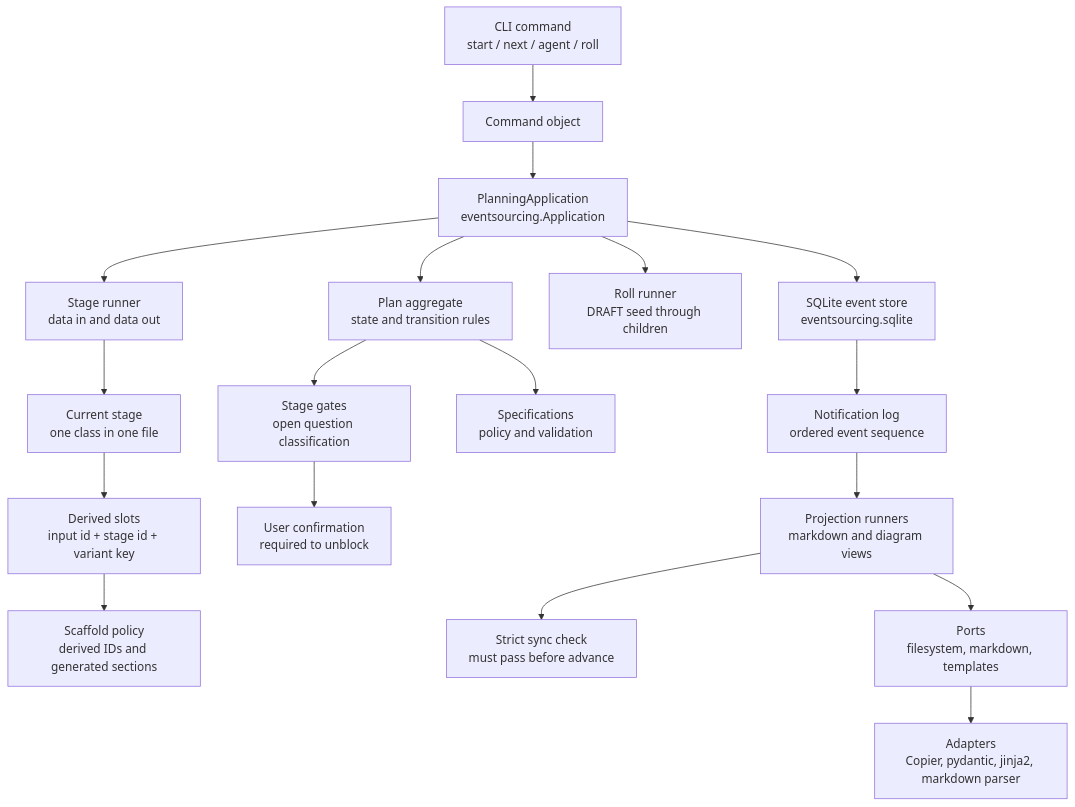
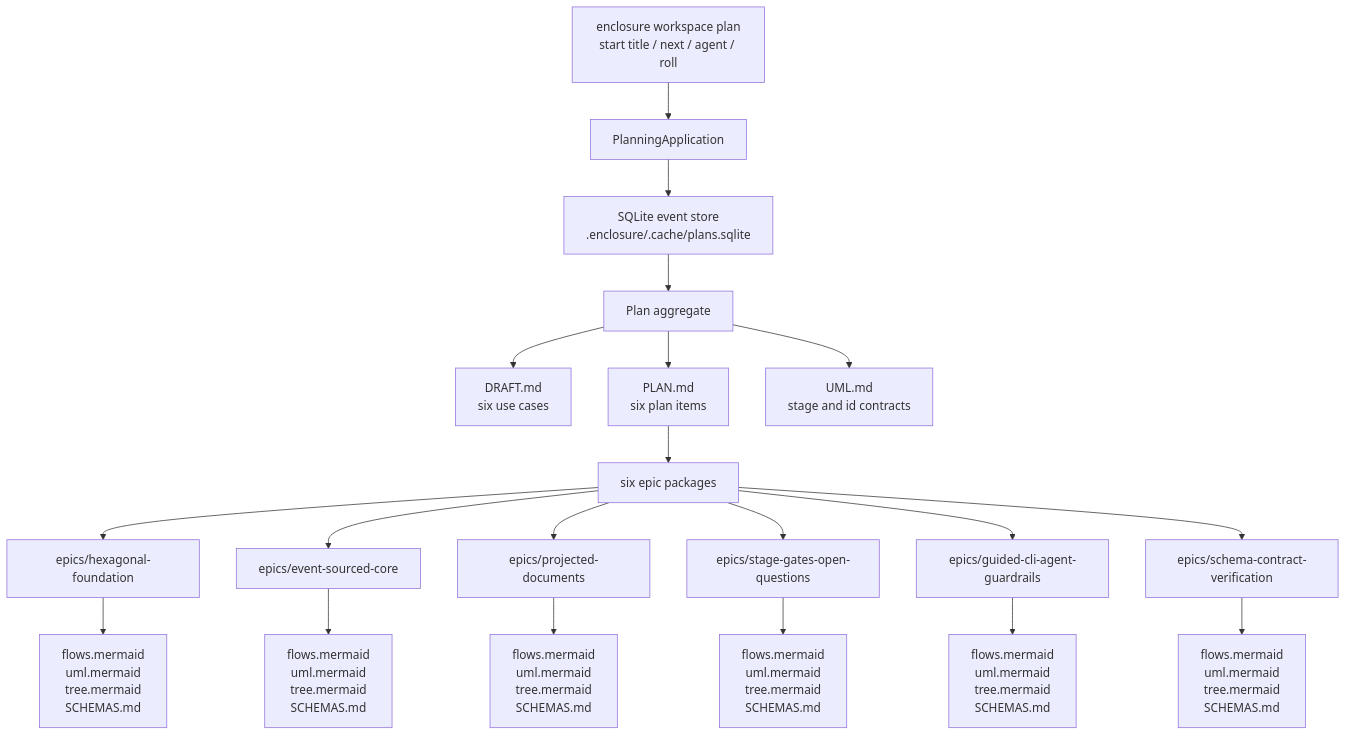
One commit to 9orky/enclosure changed the sixth of 10 diagrams in .enclosure/plans/planning-workflow/UML.md. Above: the diagram before and after it, drawn with Mermaid. The commit also changed other lines of this file and 9 other files, not shown here.

````diff
--- a/.enclosure/plans/planning-workflow/UML.md
+++ b/.enclosure/plans/planning-workflow/UML.md
@@ -245,20 +162,25 @@
 ```mermaid
-flowchart TB
-    CLI["CLI command\nstart / next / agent / roll"] --> Command["Command object"]
-    Command --> App["PlanningApplication\neventsourcing.Application"]
-    App --> Aggregate["Plan aggregate\nstate and transition rules"]
-    App --> Runner["Stage runner\ndata in and data out"]
-    Runner --> Stage["Current stage\none class in one file"]
-    Stage --> Slots["Derived slots\ninput id + stage id + variant key"]
-    Slots --> Scaffold["Scaffold policy\nderived IDs and generated sections"]
-    App --> Roll["Roll runner\nDRAFT seed through children"]
-    Aggregate --> Gates["Stage gates\nopen question classification"]
-    Gates --> Confirm["User confirmation\nrequired to unblock"]
-    Aggregate --> Specs["Specifications\npolicy and validation"]
-    App --> Store["SQLite event store\neventsourcing.sqlite"]
-    Store --> Notifications["Notification log\nordered event sequence"]
-    Notifications --> Projectors["Projection runners\nmarkdown and diagram views"]
-    Projectors --> Sync["Strict sync check\nmust pass before advance"]
-    Projectors --> Ports["Ports\nfilesystem, markdown, templates"]
-    Ports --> Adapters["Adapters\nCopier, pydantic, jinja2, markdown parser"]
+flowchart TD
+    Commands["enclosure workspace plan\nstart title / next / agent / roll"] --> App["PlanningApplication"]
+    App --> Store["SQLite event store\n.enclosure/.cache/plans.sqlite"]
+    Store --> Aggregate["Plan aggregate"]
+
+    Aggregate --> Draft["DRAFT.md\nsix use cases"]
+    Aggregate --> Plan["PLAN.md\nsix plan items"]
+    Aggregate --> RootUML["UML.md\nstage and id contracts"]
+
+    Plan --> Epics["six epic packages"]
+    Epics --> E0["epics/hexagonal-foundation"]
+    Epics --> E1["epics/event-sourced-core"]
+    Epics --> E2["epics/projected-documents"]
+    Epics --> E3["epics/stage-gates-open-questions"]
+    Epics --> E4["epics/guided-cli-agent-guardrails"]
+    Epics --> E5["epics/schema-contract-verification"]
+
+    E0 --> S0["flows.mermaid\numl.mermaid\ntree.mermaid\nSCHEMAS.md"]
+    E1 --> S1["flows.mermaid\numl.mermaid\ntree.mermaid\nSCHEMAS.md"]
+    E2 --> S2["flows.mermaid\numl.mermaid\ntree.mermaid\nSCHEMAS.md"]
+    E3 --> S3["flows.mermaid\numl.mermaid\ntree.mermaid\nSCHEMAS.md"]
+    E4 --> S4["flows.mermaid\numl.mermaid\ntree.mermaid\nSCHEMAS.md"]
+    E5 --> S5["flows.mermaid\numl.mermaid\ntree.mermaid\nSCHEMAS.md"]
 ```
````
